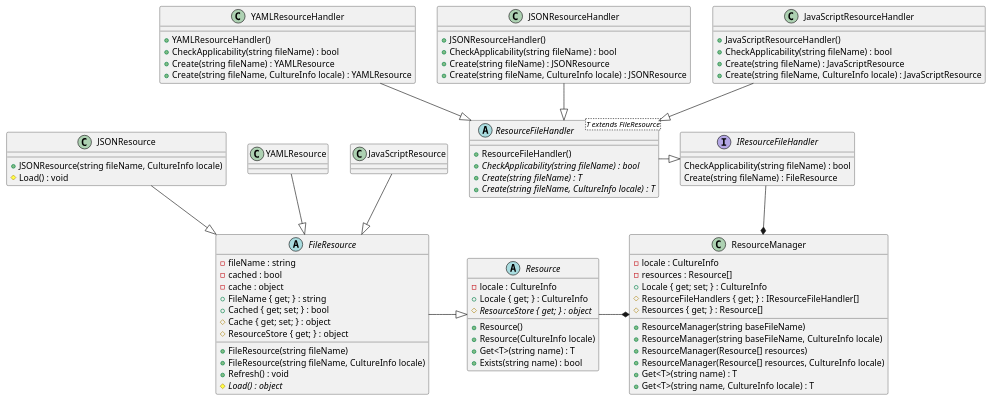
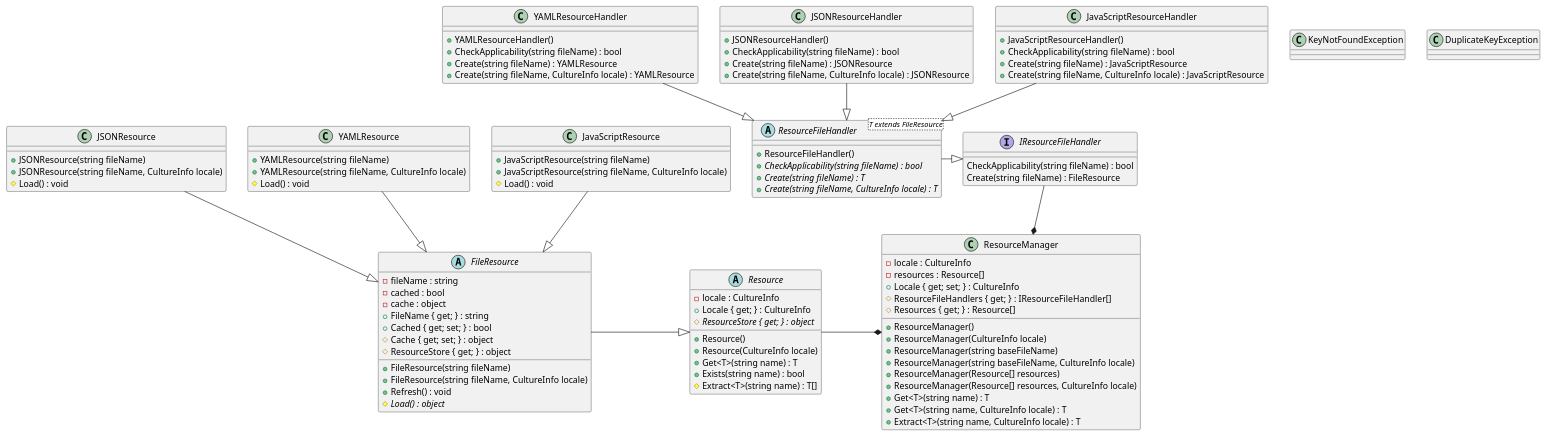
Before and after one commit to manuth/ResourceManager.js: the diagram in docs/ClassDiagram.wsd, drawn with PlantUML.

Commit message:
Complete the class-diagram

```diff
--- a/docs/ClassDiagram.wsd
+++ b/docs/ClassDiagram.wsd
@@ -1,113 +1,132 @@
 @startuml ResourceManager.js
+class KeyNotFoundException
+{
+}
+
+class DuplicateKeyException
+{
+}
+
 abstract class Resource
 {
     - locale : CultureInfo
     + Resource()
     + Resource(CultureInfo locale)
     + Locale { get; } : CultureInfo
     # {abstract} ResourceStore { get; } : object
     + Get<T>(string name) : T
     + Exists(string name) : bool
+    # Extract<T>(string name) : T[]
 }
 
 FileResource -|> Resource
 
 abstract class FileResource
 {
     - fileName : string
     - cached : bool
     - cache : object
     + FileResource(string fileName)
     + FileResource(string fileName, CultureInfo locale)
     + FileName { get; } : string
     + Cached { get; set; } : bool
     # Cache { get; set; } : object
     # ResourceStore { get; } : object
     + Refresh() : void
     # {abstract} Load() : object
 }
 
 JSONResource --|> FileResource
 
 class JSONResource
 {
+    + JSONResource(string fileName)
     + JSONResource(string fileName, CultureInfo locale)
     # Load() : void
 }
 
 YAMLResource --|> FileResource
 
 class YAMLResource
 {
+    + YAMLResource(string fileName)
+    + YAMLResource(string fileName, CultureInfo locale)
+    # Load() : void
 }
 
 JavaScriptResource --|> FileResource
 
 class JavaScriptResource
 {
+    + JavaScriptResource(string fileName)
+    + JavaScriptResource(string fileName, CultureInfo locale)
+    # Load() : void
 }
 
 interface IResourceFileHandler
 {
     CheckApplicability(string fileName) : bool
     Create(string fileName) : FileResource
 }
 
 ResourceFileHandler -|> IResourceFileHandler
 
 abstract class ResourceFileHandler<T extends FileResource>
 {
     + ResourceFileHandler()
     + {abstract} CheckApplicability(string fileName) : bool
     + {abstract} Create(string fileName) : T
     + {abstract} Create(string fileName, CultureInfo locale) : T
 }
 
 YAMLResourceHandler --|> ResourceFileHandler
 
 class YAMLResourceHandler
 {
     + YAMLResourceHandler()
     + CheckApplicability(string fileName) : bool
     + Create(string fileName) : YAMLResource
     + Create(string fileName, CultureInfo locale) : YAMLResource
 }
 
 JSONResourceHandler --|> ResourceFileHandler
 
 class JSONResourceHandler
 {
     + JSONResourceHandler()
     + CheckApplicability(string fileName) : bool
     + Create(string fileName) : JSONResource
     + Create(string fileName, CultureInfo locale) : JSONResource
 }
 
 JavaScriptResourceHandler --|> ResourceFileHandler
 
 class JavaScriptResourceHandler
 {
     + JavaScriptResourceHandler()
     + CheckApplicability(string fileName) : bool
     + Create(string fileName) : JavaScriptResource
     + Create(string fileName, CultureInfo locale) : JavaScriptResource
 }
 
 Resource -* ResourceManager
 IResourceFileHandler --* ResourceManager
 
 class ResourceManager
 {
     - locale : CultureInfo
     - resources : Resource[]
+    + ResourceManager()
+    + ResourceManager(CultureInfo locale)
     + ResourceManager(string baseFileName)
     + ResourceManager(string baseFileName, CultureInfo locale)
     + ResourceManager(Resource[] resources)
     + ResourceManager(Resource[] resources, CultureInfo locale)
     + Locale { get; set; } : CultureInfo
     # ResourceFileHandlers { get; } : IResourceFileHandler[]
     # Resources { get; } : Resource[]
     + Get<T>(string name) : T
     + Get<T>(string name, CultureInfo locale) : T
+    + Extract<T>(string name, CultureInfo locale) : T
 }
 @enduml
```
